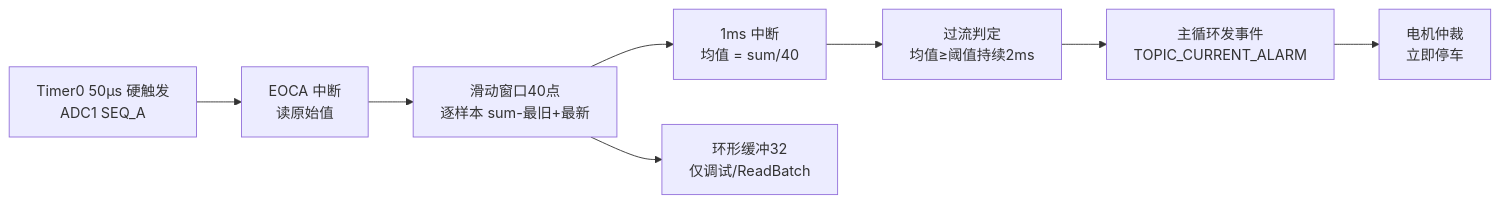
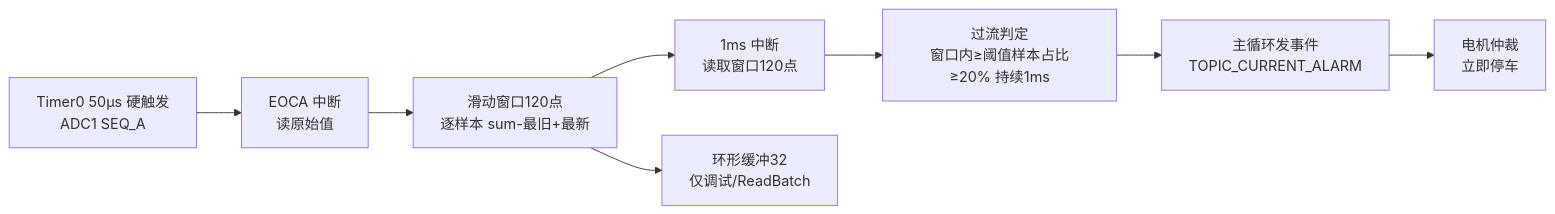
Before and after one commit to HCHCHC99/HB_chuchai_v2.0.0: the diagram in project/过流优化0807.md, drawn with Mermaid. The commit also changed other lines of this file and 3 other files, not shown here.

````diff
--- a/project/过流优化0807.md
+++ b/project/过流优化0807.md
@@ -57,10 +57,10 @@
 ```mermaid
 flowchart LR
     A["Timer0 50µs 硬触发<br/>ADC1 SEQ_A"] --> B["EOCA 中断<br/>读原始值"]
-    B --> C["滑动窗口40点<br/>逐样本 sum-最旧+最新"]
-    C --> D["1ms 中断<br/>均值 = sum/40"]
-    D --> E["过流判定<br/>均值≥阈值持续2ms"]
+    B --> C["滑动窗口120点<br/>逐样本 sum-最旧+最新"]
+    C --> D["1ms 中断<br/>读取窗口120点"]
+    D --> E["过流判定<br/>窗口内≥阈值样本占比≥20% 持续1ms"]
     E --> F["主循环发事件<br/>TOPIC_CURRENT_ALARM"]
     F --> G["电机仲裁<br/>立即停车"]
     C --> H["环形缓冲32<br/>仅调试/ReadBatch"]
 ```
````
